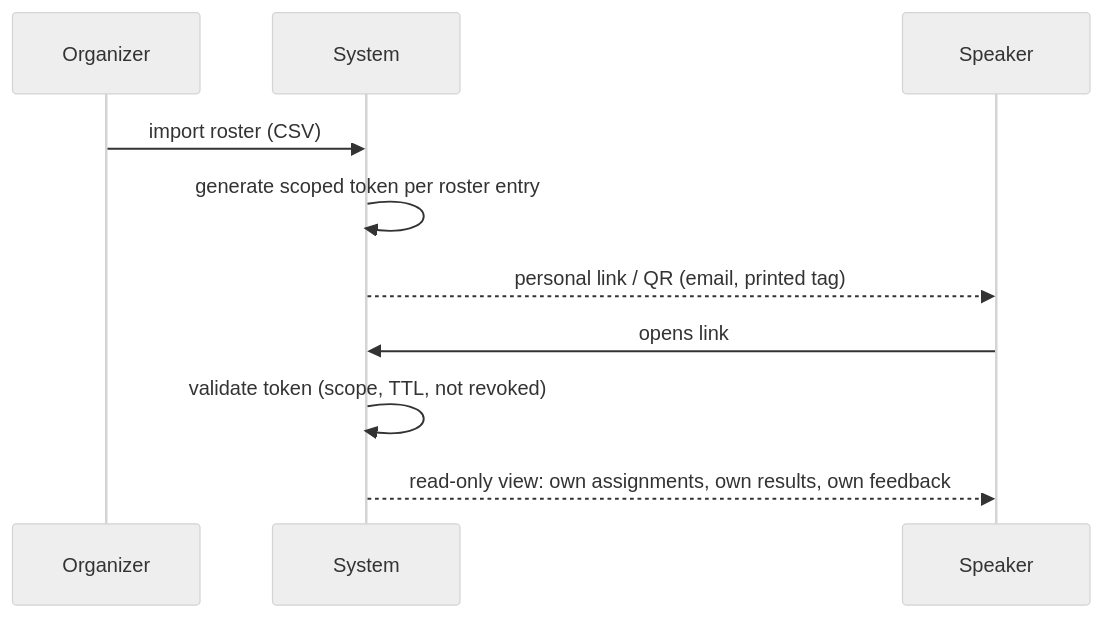
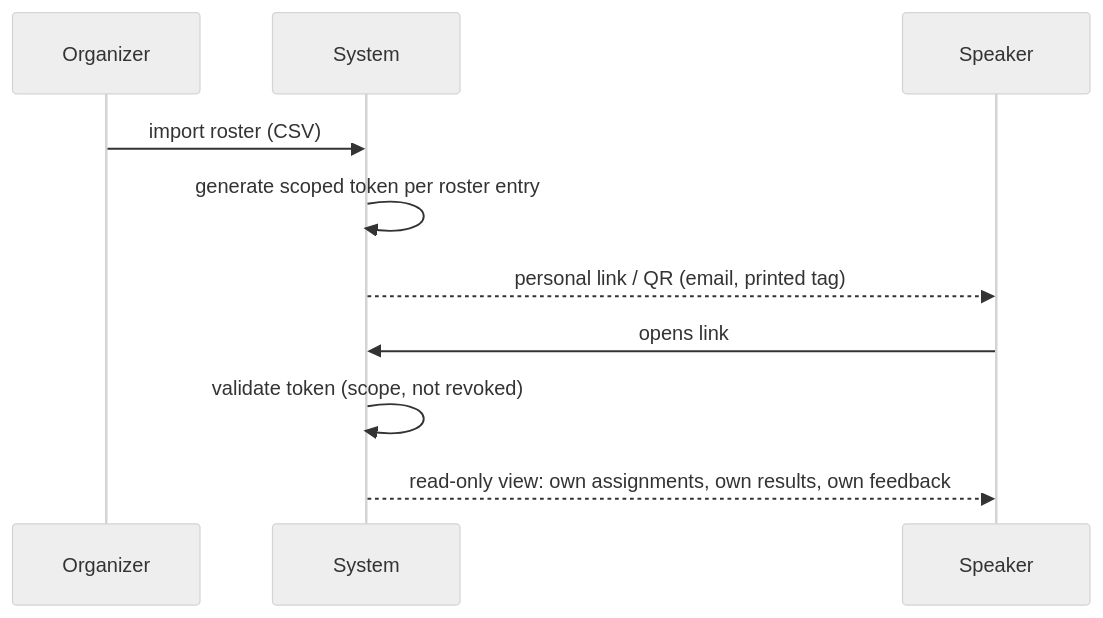
Before and after one commit to 2022phyro/ps-tab: the diagram in docs/04-identity-and-auth.md, drawn with Mermaid (neutral theme). The commit also changed other lines of this file and 6 other files, not shown here.

````diff
--- a/docs/04-identity-and-auth.md
+++ b/docs/04-identity-and-auth.md
@@ -21,13 +21,13 @@
 ```mermaid
 sequenceDiagram
     participant Organizer
     participant System
     participant Speaker
 
     Organizer->>System: import roster (CSV)
     System->>System: generate scoped token per roster entry
     System-->>Speaker: personal link / QR (email, printed tag)
     Speaker->>System: opens link
-    System->>System: validate token (scope, TTL, not revoked)
+    System->>System: validate token (scope, not revoked)
     System-->>Speaker: read-only view: own assignments, own results, own feedback
 ```
````
